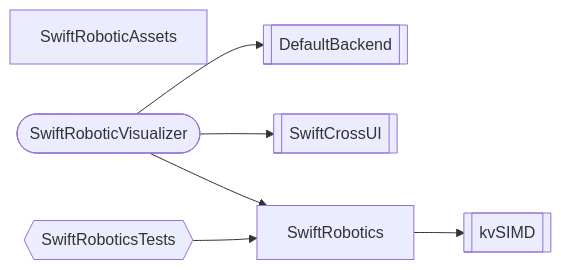
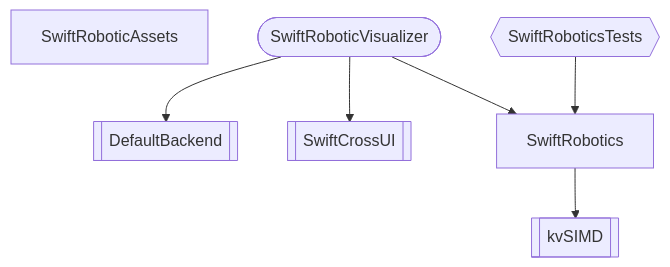
The diagram in readme.md (kopecn/spmSwiftRobotics), drawn with Mermaid before and after one commit. The commit also changed 1 other file, not shown here.

Commit message:
this looks good.

````diff
--- a/readme.md
+++ b/readme.md
@@ -5,9 +5,9 @@
 ```mermaid
-flowchart LR
+flowchart TD
     SwiftRoboticAssets
     SwiftRoboticVisualizer([SwiftRoboticVisualizer])-->DefaultBackend[[DefaultBackend]]
     SwiftRoboticVisualizer([SwiftRoboticVisualizer])-->SwiftCrossUI[[SwiftCrossUI]]
     SwiftRoboticVisualizer([SwiftRoboticVisualizer])-->SwiftRobotics
     SwiftRobotics-->kvSIMD[[kvSIMD]]
     SwiftRoboticsTests{{SwiftRoboticsTests}}-->SwiftRobotics
 ```
````
